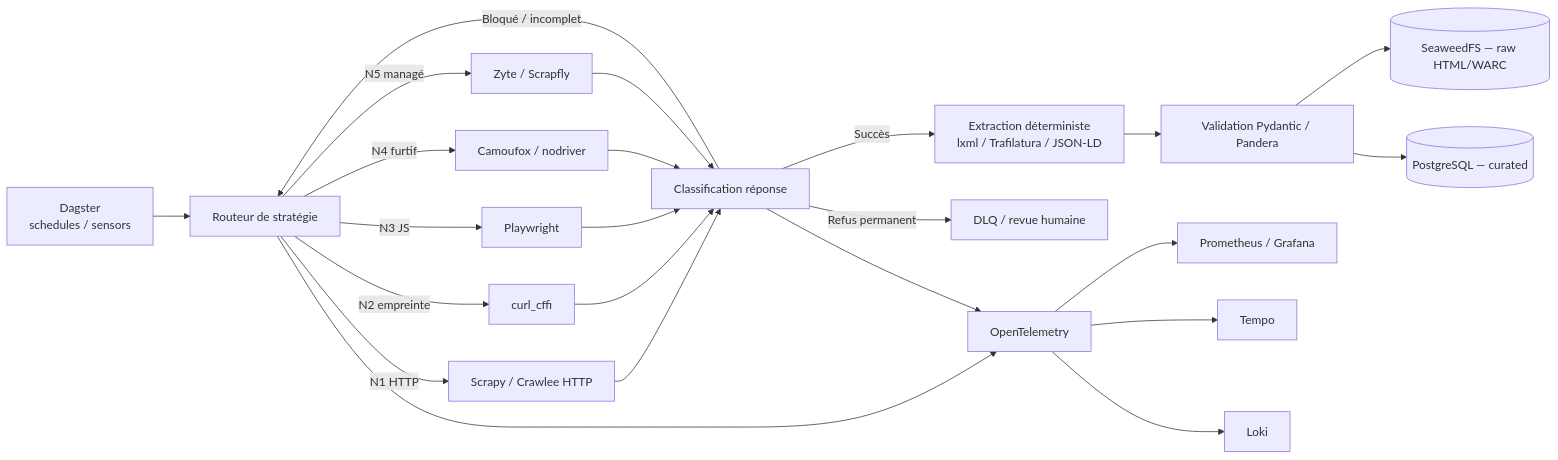
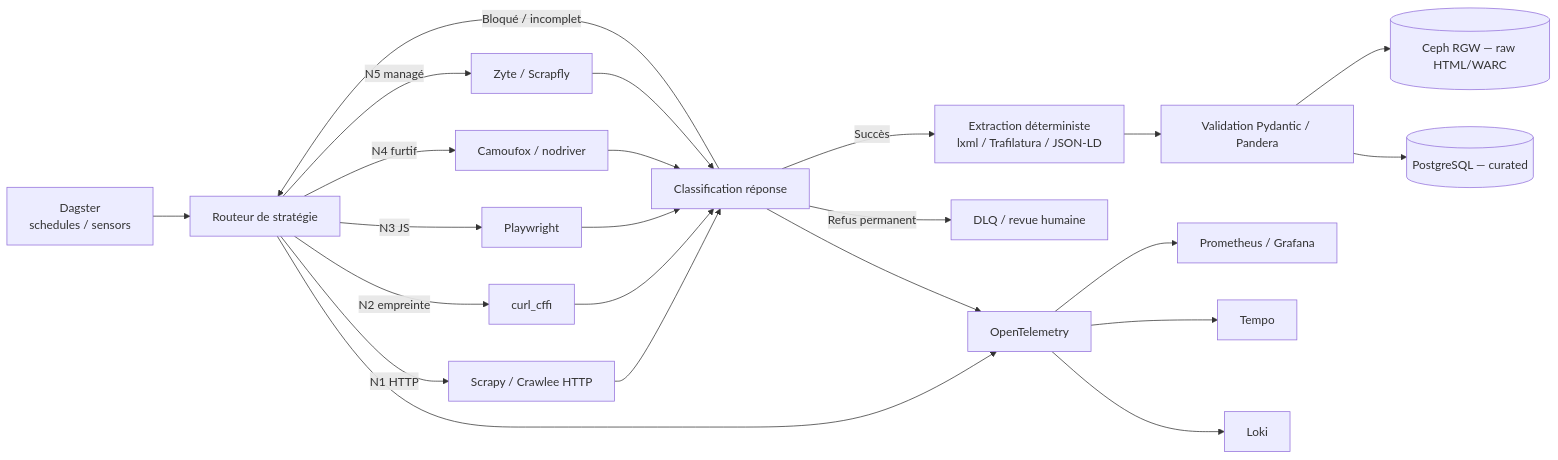
One commit to adrien-vo-semifir/na-web-scraping changed the diagram in docs/strategie-anti-bot.md. Above: the diagram before and after it, drawn with Mermaid. The commit also changed other lines of this file and 4 other files, not shown here.

First line of the commit message:
docs: store objet = Ceph RGW (suite ADR 0007 monorepo) — renomme SeaweedFS -> Ceph RGW

````diff
--- a/docs/strategie-anti-bot.md
+++ b/docs/strategie-anti-bot.md
@@ -101,25 +101,25 @@
 ```mermaid
 flowchart LR
     SCH[Dagster<br/>schedules / sensors] --> ROUTER[Routeur de stratégie]
     ROUTER -->|N1 HTTP| HTTP[Scrapy / Crawlee HTTP]
     ROUTER -->|N2 empreinte| CFFI[curl_cffi]
     ROUTER -->|N3 JS| PW[Playwright]
     ROUTER -->|N4 furtif| SPEC[Camoufox / nodriver]
     ROUTER -->|N5 managé| API[Zyte / Scrapfly]
     HTTP --> CLASS[Classification réponse]
     CFFI --> CLASS
     PW --> CLASS
     SPEC --> CLASS
     API --> CLASS
     CLASS -->|Succès| EXTRACT[Extraction déterministe<br/>lxml / Trafilatura / JSON-LD]
     CLASS -->|Bloqué / incomplet| ROUTER
     CLASS -->|Refus permanent| DLQ[DLQ / revue humaine]
     EXTRACT --> VALID[Validation Pydantic / Pandera]
-    VALID --> RAW[(SeaweedFS — raw HTML/WARC)]
+    VALID --> RAW[(Ceph RGW — raw HTML/WARC)]
     VALID --> PG[(PostgreSQL — curated)]
     ROUTER --> OBS[OpenTelemetry]
     CLASS --> OBS
     OBS --> PROM[Prometheus / Grafana]
     OBS --> TEMPO[Tempo]
     OBS --> LOKI[Loki]
 ```
````
